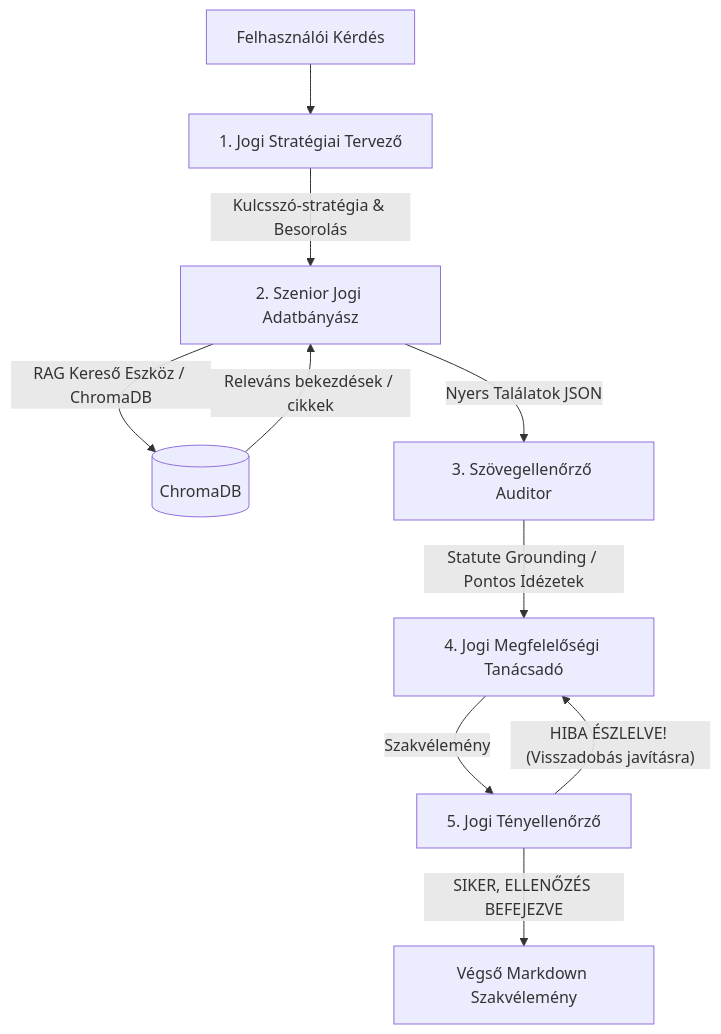
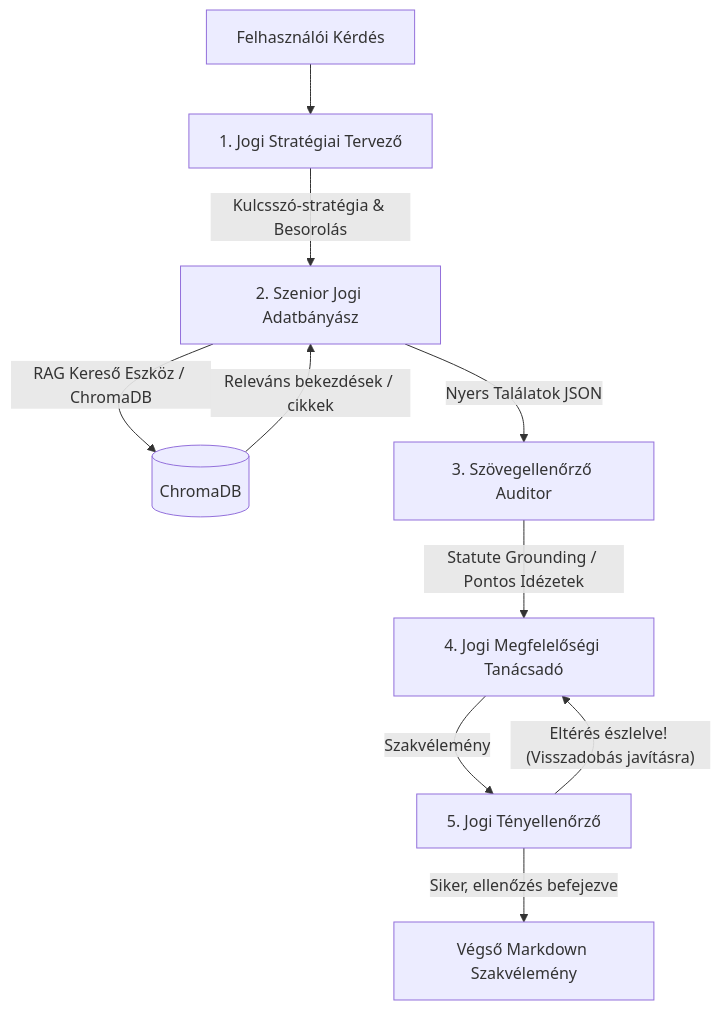
Before and after one commit to LeventeTasy/jogi-agent-rag: the diagram in README.md, drawn with Mermaid.

````diff
--- a/README.md
+++ b/README.md
@@ -22,12 +22,12 @@
 ```mermaid
 graph TD
     Question[Felhasználói Kérdés] --> Strategist[1. Jogi Stratégiai Tervező]
     Strategist --> |Kulcsszó-stratégia & Besorolás| Researcher[2. Szenior Jogi Adatbányász]
     Researcher --> |RAG Kereső Eszköz / ChromaDB| VectorDB[(ChromaDB)]
     VectorDB --> |Releváns bekezdések / cikkek| Researcher
     Researcher --> |Nyers Találatok JSON| Verifier[3. Szövegellenőrző Auditor]
     Verifier --> |Statute Grounding / Pontos Idézetek| Advisor[4. Jogi Megfelelőségi Tanácsadó]
     Advisor --> |Szakvélemény| FactChecker[5. Jogi Tényellenőrző]
-    FactChecker --> |"HIBA ÉSZLELVE! (Visszadobás javításra)"| Advisor
-    FactChecker --> |"SIKER, ELLENŐZÉS BEFEJEZVE"| FinalReport[Végső Markdown Szakvélemény]
+    FactChecker --> |"Eltérés észlelve! (Visszadobás javításra)"| Advisor
+    FactChecker --> |"Siker, ellenőzés befejezve"| FinalReport[Végső Markdown Szakvélemény]
 ```
````
